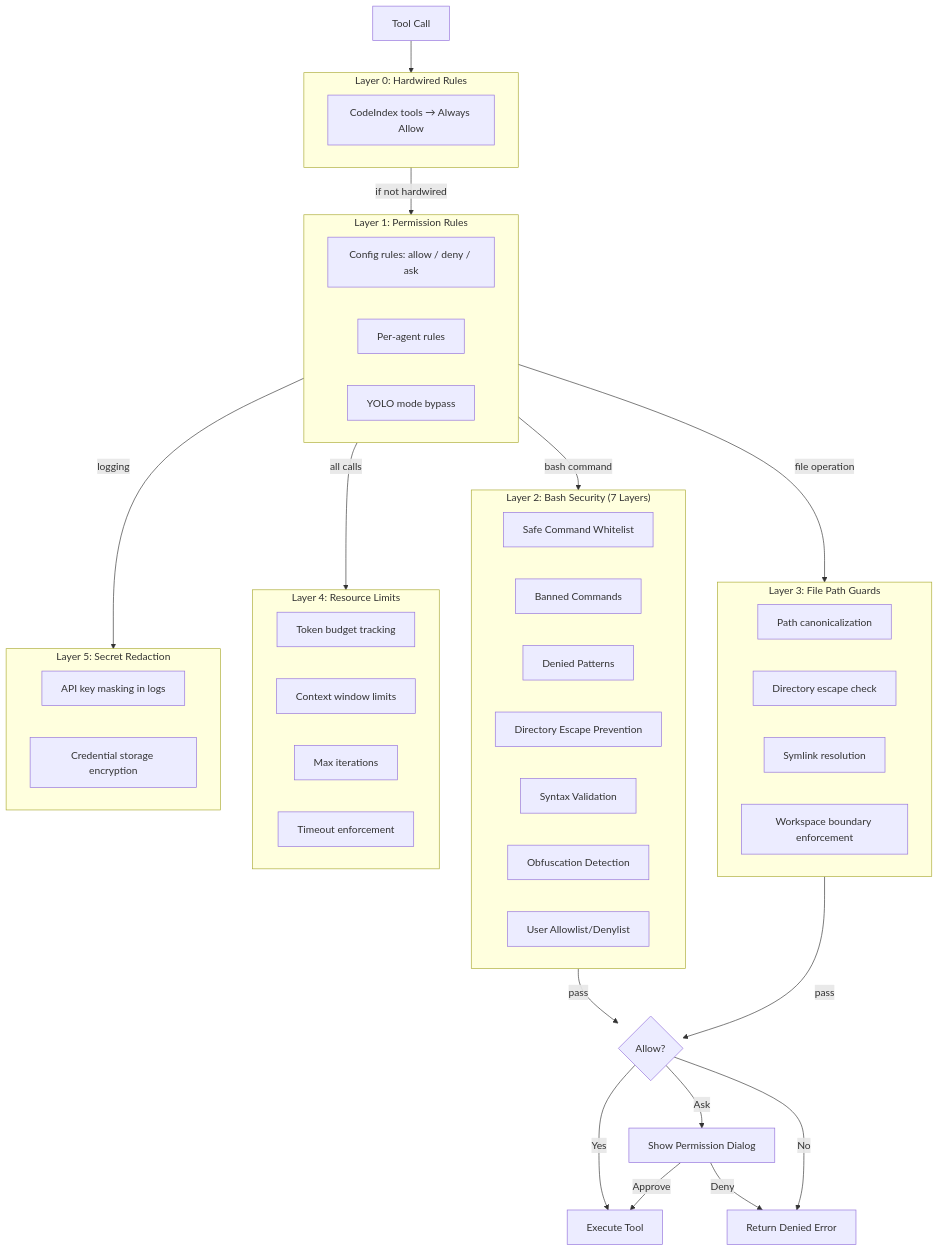
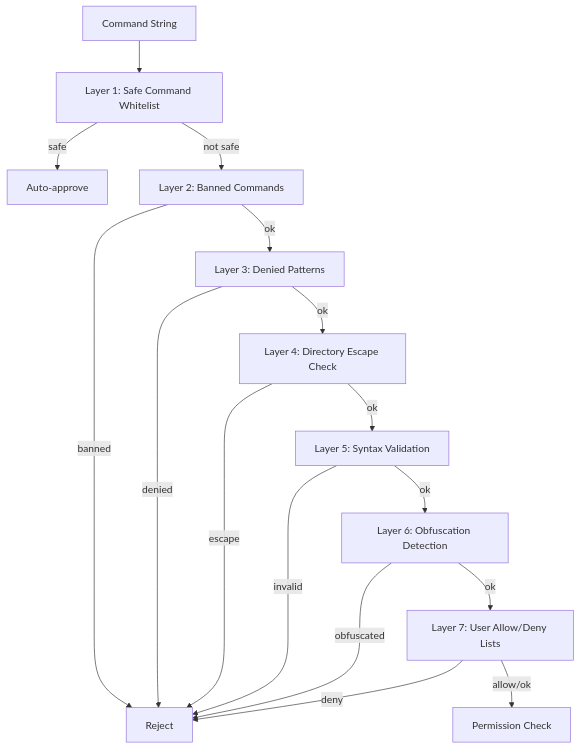
Before and after one commit to thawkins/ragent: the ninth of 16 diagrams in SPEC.md, drawn with Mermaid. The commit also changed other lines of this file and 91 other files, not shown here.

````diff
--- a/SPEC.md
+++ b/SPEC.md
@@ -943,55 +740,18 @@
 ```mermaid
 graph TD
-    subgraph Layer0["Layer 0: Hardwired Rules"]
-        H1[CodeIndex tools → Always Allow]
-    end
-
-    subgraph Layer1["Layer 1: Permission Rules"]
-        R1[Config rules: allow / deny / ask]
-        R2[Per-agent rules]
-        R3[YOLO mode bypass]
-    end
-
-    subgraph Layer2["Layer 2: Bash Security (7 Layers)"]
-        B1[Safe Command Whitelist]
-        B2[Banned Commands]
-        B3[Denied Patterns]
-        B4[Directory Escape Prevention]
-        B5[Syntax Validation]
-        B6[Obfuscation Detection]
-        B7[User Allowlist/Denylist]
-    end
-
-    subgraph Layer3["Layer 3: File Path Guards"]
-        F1[Path canonicalization]
-        F2[Directory escape check]
-        F3[Symlink resolution]
-        F4[Workspace boundary enforcement]
-    end
-
-    subgraph Layer4["Layer 4: Resource Limits"]
-        L1[Token budget tracking]
-        L2[Context window limits]
-        L3[Max iterations]
-        L4[Timeout enforcement]
-    end
-
-    subgraph Layer5["Layer 5: Secret Redaction"]
-        S1[API key masking in logs]
-        S2[Credential storage encryption]
-    end
-
-    ToolCall["Tool Call"] --> Layer0
-    Layer0 -->|if not hardwired| Layer1
-    Layer1 -->|bash command| Layer2
-    Layer1 -->|file operation| Layer3
-    Layer1 -->|all calls| Layer4
-    Layer1 -->|logging| Layer5
-    Layer2 -->|pass| Decision{Allow?}
-    Layer3 -->|pass| Decision
-    Decision -->|Yes| Execute["Execute Tool"]
-    Decision -->|Ask| UserPrompt["Show Permission Dialog"]
-    UserPrompt -->|Approve| Execute
-    UserPrompt -->|Deny| Reject["Return Denied Error"]
-    Decision -->|No| Reject
+    Cmd[Command String] --> L1[Layer 1: Safe Command Whitelist]
+    L1 -->|safe| Auto[Auto-approve]
+    L1 -->|not safe| L2[Layer 2: Banned Commands]
+    L2 -->|banned| Reject
+    L2 -->|ok| L3[Layer 3: Denied Patterns]
+    L3 -->|denied| Reject
+    L3 -->|ok| L4[Layer 4: Directory Escape Check]
+    L4 -->|escape| Reject
+    L4 -->|ok| L5[Layer 5: Syntax Validation]
+    L5 -->|invalid| Reject
+    L5 -->|ok| L6[Layer 6: Obfuscation Detection]
+    L6 -->|obfuscated| Reject
+    L6 -->|ok| L7[Layer 7: User Allow/Deny Lists]
+    L7 -->|deny| Reject
+    L7 -->|allow/ok| Permission[Permission Check]
 ```
````
